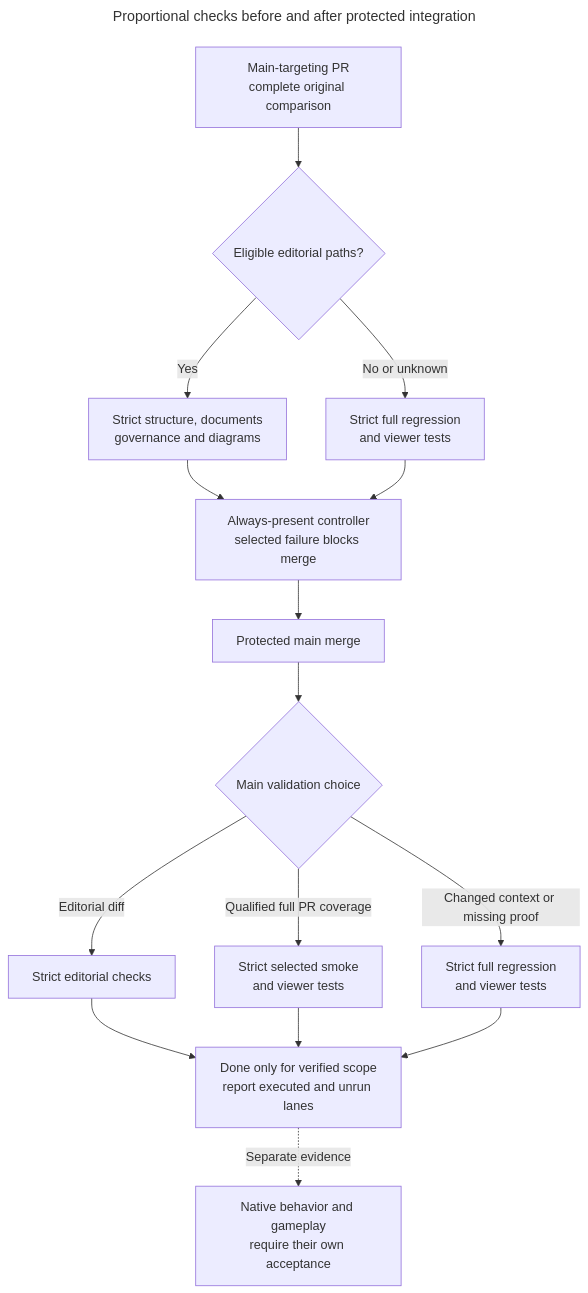
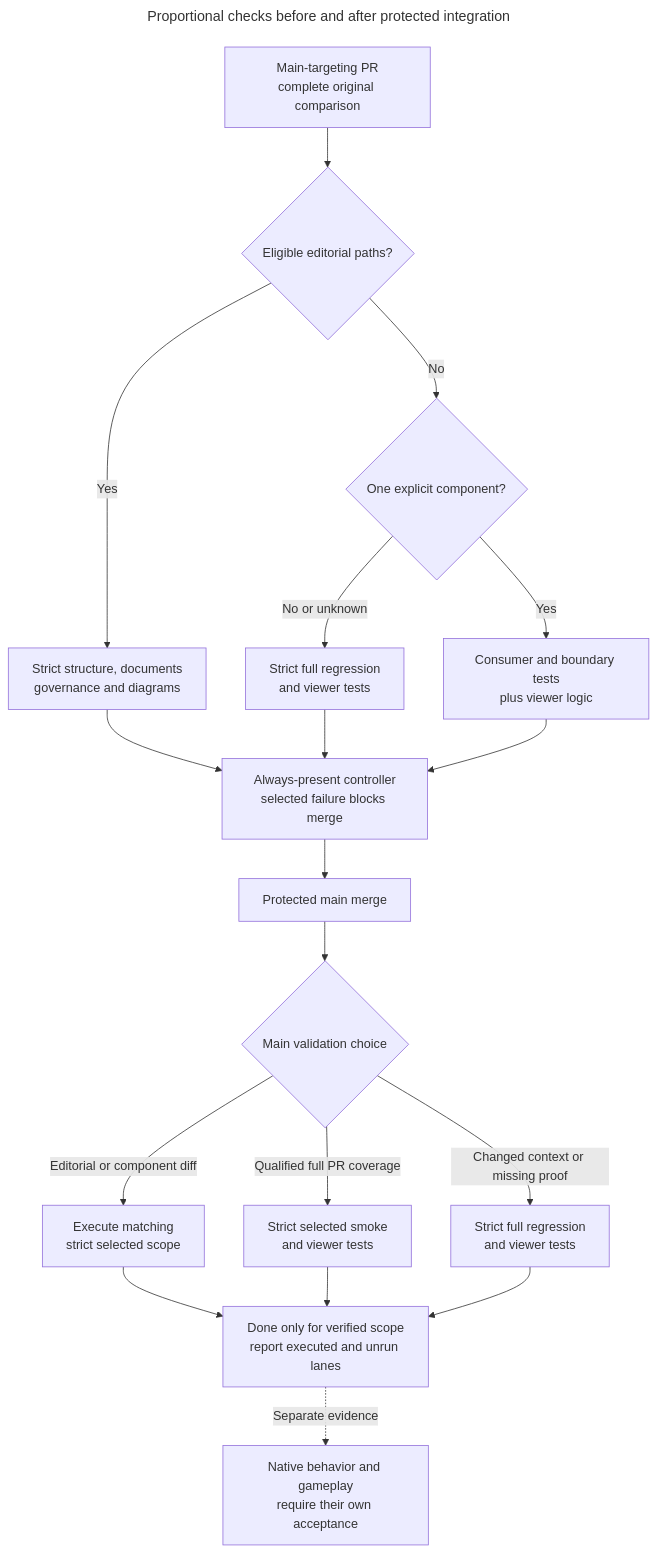
Before and after one commit to CVX-Hull/enactive: the diagram in docs/diagrams/ci-validation.mmd, drawn with Mermaid. The commit also changed 21 other files, not shown here.

```diff
--- a/docs/diagrams/ci-validation.mmd
+++ b/docs/diagrams/ci-validation.mmd
@@ -1,20 +1,23 @@
 ---
 title: Proportional checks before and after protected integration
 ---
 flowchart TB
   accTitle: Relevant validation with an always-present required controller check
-  accDescr: Main-targeting pull requests use strict editorial validation for a complete eligible editorial diff, otherwise full portable regression. The required controller reports actual execution and failures block protected merge. After merge, main uses strict editorial validation, or selected smoke only when an earlier successful full PR run and Git relationships cover the actual tree with unchanged validation context. Otherwise main runs full regression. Native and gameplay acceptance remain separate.
+  accDescr: Main-targeting pull requests use documentation consistency, explicit component consumer tests, or full portable regression from the complete diff. The required controller reports actual execution and failures block protected merge. After merge, main reruns the matching documentation or component scope, or selected smoke only when an earlier successful full PR run and Git relationships cover the actual tree with unchanged validation context. Otherwise main runs full regression. Native and gameplay acceptance remain separate.
   P["Main-targeting PR<br/>complete original comparison"] --> E{"Eligible editorial paths?"}
   E -- Yes --> D["Strict structure, documents<br/>governance and diagrams"]
-  E -- No or unknown --> F["Strict full regression<br/>and viewer tests"]
+  E -- No --> B{"One explicit component?"}
+  B -- Yes --> T["Consumer and boundary tests<br/>plus viewer logic"]
+  B -- No or unknown --> F["Strict full regression<br/>and viewer tests"]
   D --> C["Always-present controller<br/>selected failure blocks merge"]
   F --> C
+  T --> C
   C --> M["Protected main merge"]
   M --> A{"Main validation choice"}
-  A -- Editorial diff --> Q["Strict editorial checks"]
+  A -- Editorial or component diff --> Q["Execute matching<br/>strict selected scope"]
   A -- Qualified full PR coverage --> S["Strict selected smoke<br/>and viewer tests"]
   A -- Changed context or missing proof --> R["Strict full regression<br/>and viewer tests"]
   Q --> V["Done only for verified scope<br/>report executed and unrun lanes"]
   S --> V
   R --> V
   V -. "Separate evidence" .-> N["Native behavior and gameplay<br/>require their own acceptance"]
```
